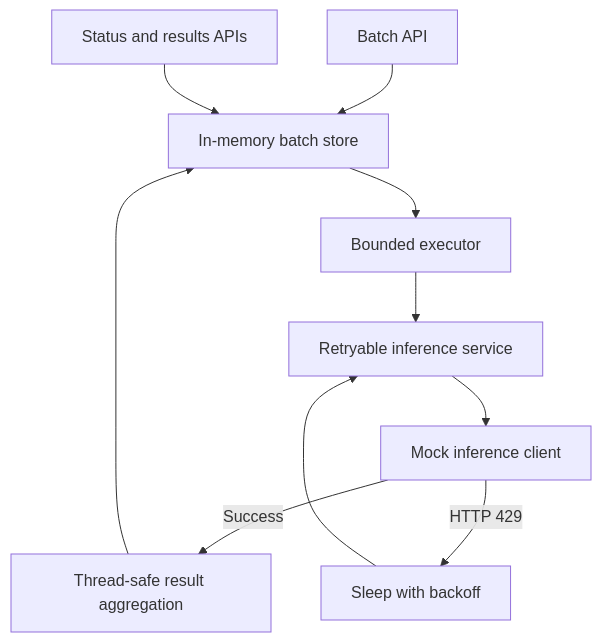
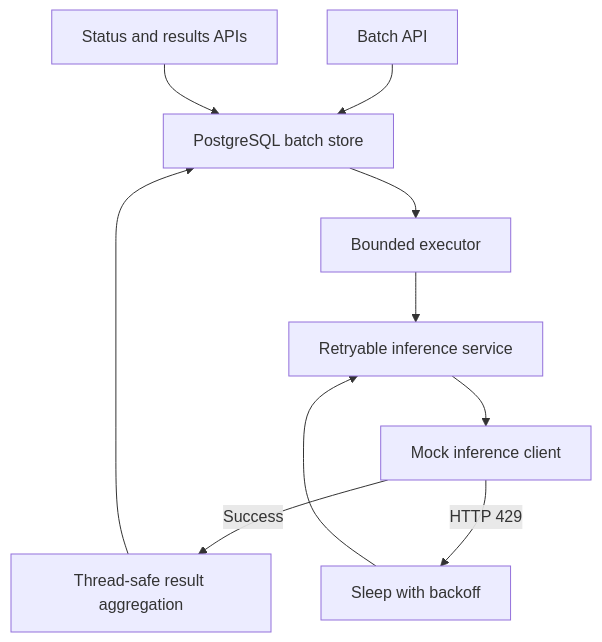
Before and after one commit to chinmay-prac/digitalOceanBatchEngine: the second of 2 diagrams in DESIGN.md, drawn with Mermaid. The commit also changed other lines of this file and 15 other files, not shown here.

````diff
--- a/DESIGN.md
+++ b/DESIGN.md
@@ -195,12 +197,12 @@
 ```mermaid
 flowchart TD
-    A["Batch API"] --> B["In-memory batch store"]
+    A["Batch API"] --> B["PostgreSQL batch store"]
     B --> C["Bounded executor"]
     C --> D["Retryable inference service"]
     D --> E["Mock inference client"]
     E -->|"Success"| F["Thread-safe result aggregation"]
     E -->|"HTTP 429"| G["Sleep with backoff"]
     G --> D
     F --> B
     H["Status and results APIs"] --> B
 ```
````
